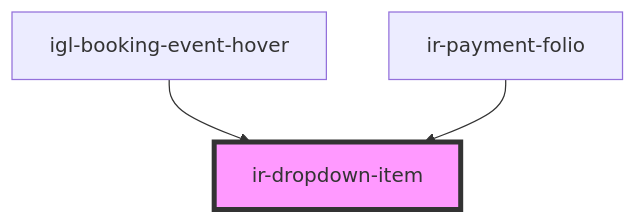
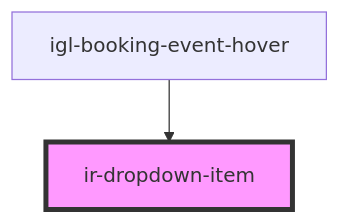
Before and after one commit to David1Chowaifaty/modified-ir-webcmp: the diagram in src/components/ui/ir-dropdown-item/readme.md, drawn with Mermaid. The commit also changed other lines of this file and 70 other files, not shown here.

````diff
--- a/src/components/ui/ir-dropdown-item/readme.md
+++ b/src/components/ui/ir-dropdown-item/readme.md
@@ -70,6 +69,5 @@
 ```mermaid
 graph TD;
   igl-booking-event-hover --> ir-dropdown-item
-  ir-payment-folio --> ir-dropdown-item
   style ir-dropdown-item fill:#f9f,stroke:#333,stroke-width:4px
 ```
````
